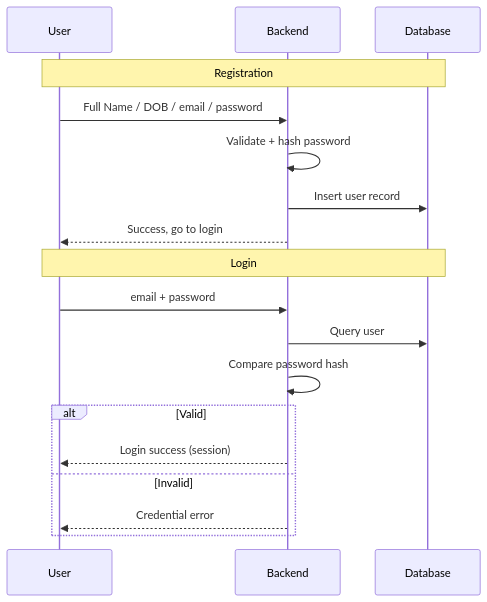
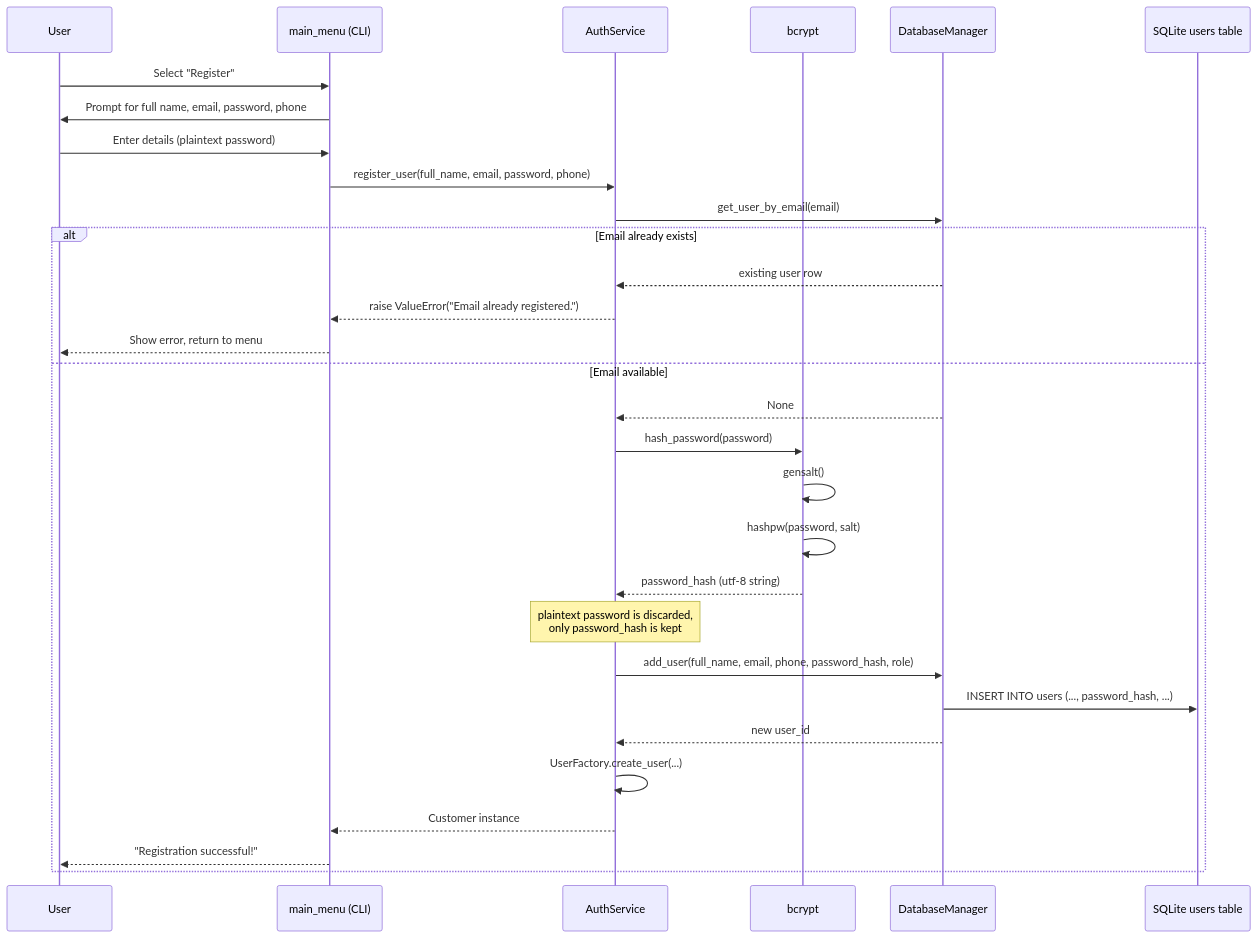
The fourth of 7 diagrams in W10/Ako-puku_Login_Demo/README.md (eirikrbe/MSE800-PSD), drawn with Mermaid before and after one commit. The commit also changed other lines of this file, not shown here.

````diff
--- a/W10/Ako-puku_Login_Demo/README.md
+++ b/W10/Ako-puku_Login_Demo/README.md
@@ -51,22 +128,33 @@
 ```mermaid
 sequenceDiagram
     participant U as User
-    participant API as Backend
-    participant DB as Database
+    participant Menu as main_menu (CLI)
+    participant Auth as AuthService
+    participant Bcrypt as bcrypt
+    participant DB as DatabaseManager
+    participant Store as SQLite users table
 
-    Note over U,DB: Registration
-    U->>API: Full Name / DOB / email / password
-    API->>API: Validate + hash password
-    API->>DB: Insert user record
-    API-->>U: Success, go to login
-
-    Note over U,DB: Login
-    U->>API: email + password
-    API->>DB: Query user
-    API->>API: Compare password hash
-    alt Valid
-        API-->>U: Login success (session)
-    else Invalid
-        API-->>U: Credential error
+    U->>Menu: Select "Register"
+    Menu->>U: Prompt for full name, email, password, phone
+    U->>Menu: Enter details (plaintext password)
+    Menu->>Auth: register_user(full_name, email, password, phone)
+    Auth->>DB: get_user_by_email(email)
+    alt Email already exists
+        DB-->>Auth: existing user row
+        Auth-->>Menu: raise ValueError("Email already registered.")
+        Menu-->>U: Show error, return to menu
+    else Email available
+        DB-->>Auth: None
+        Auth->>Bcrypt: hash_password(password)
+        Bcrypt->>Bcrypt: gensalt()
+        Bcrypt->>Bcrypt: hashpw(password, salt)
+        Bcrypt-->>Auth: password_hash (utf-8 string)
+        Note over Auth: plaintext password is discarded,<br/>only password_hash is kept
+        Auth->>DB: add_user(full_name, email, phone, password_hash, role)
+        DB->>Store: INSERT INTO users (..., password_hash, ...)
+        DB-->>Auth: new user_id
+        Auth->>Auth: UserFactory.create_user(...)
+        Auth-->>Menu: Customer instance
+        Menu-->>U: "Registration successful!"
     end
 ```
````
